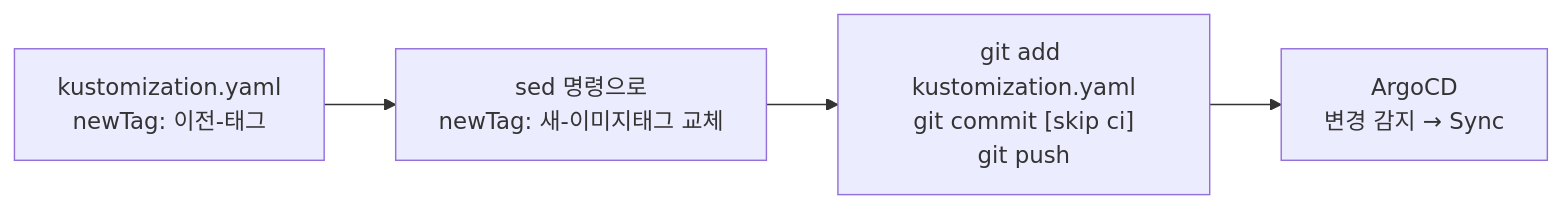
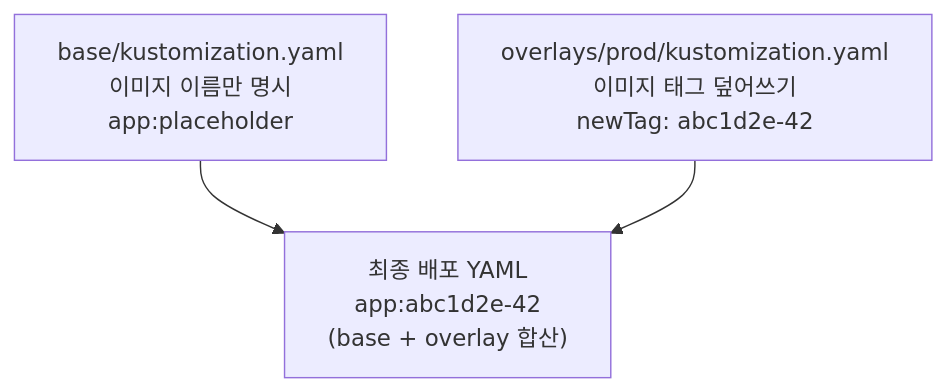
The seventh of 15 diagrams in posts/study/infra/k8s-zero-downtime-deployment.md (Seobway23/Seobway23.github.io), drawn with Mermaid before and after one commit. The commit also changed other lines of this file, not shown here.

````diff
--- a/posts/study/infra/k8s-zero-downtime-deployment.md
+++ b/posts/study/infra/k8s-zero-downtime-deployment.md
@@ -325,9 +607,9 @@
 ```mermaid
-%% desc: Kustomize 매니페스트 업데이트 흐름 — newTag 교체 → Git 커밋 → ArgoCD 감지
-flowchart LR
-    KUST["kustomization.yaml\nnewTag: 이전-태그"]
-    SED["sed 명령으로\nnewTag: 새-이미지태그 교체"]
-    COMMIT["git add kustomization.yaml\ngit commit [skip ci]\ngit push"]
-    ARGO["ArgoCD\n변경 감지 → Sync"]
-    KUST --> SED --> COMMIT --> ARGO
+%% desc: Kustomize 구조 — base 기본 설정 위에 환경별 overlay로 이미지 태그만 교체
+flowchart TD
+    BASE["base/kustomization.yaml\n이미지 이름만 명시\napp:placeholder"]
+    PROD["overlays/prod/kustomization.yaml\n이미지 태그 덮어쓰기\nnewTag: abc1d2e-42"]
+    RESULT["최종 배포 YAML\napp:abc1d2e-42\n(base + overlay 합산)"]
+    BASE --> RESULT
+    PROD --> RESULT
 ```
````
